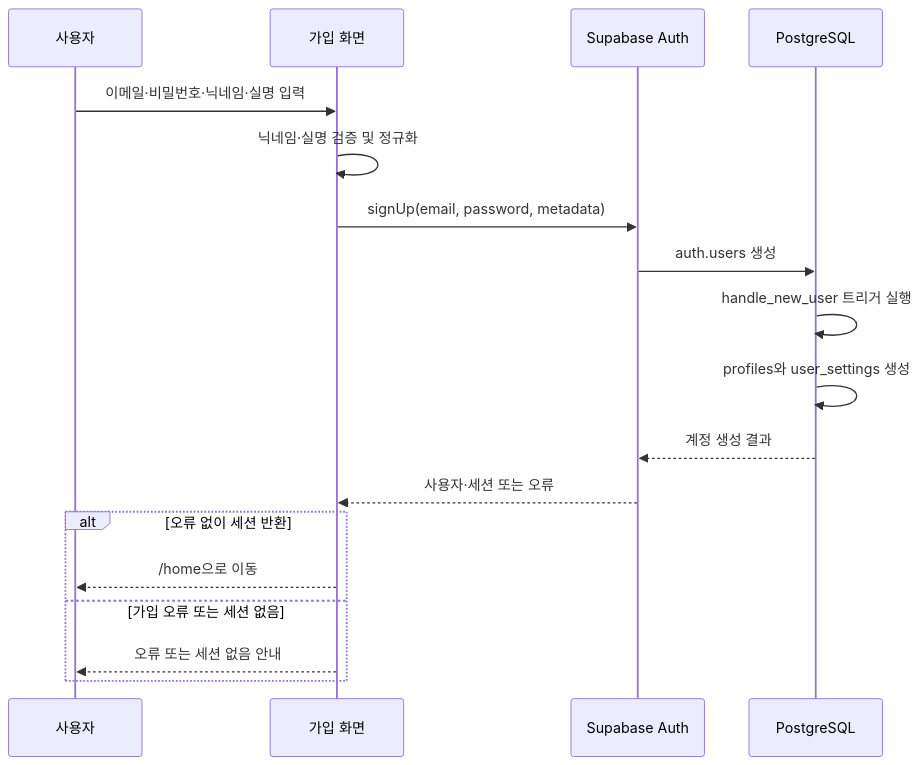
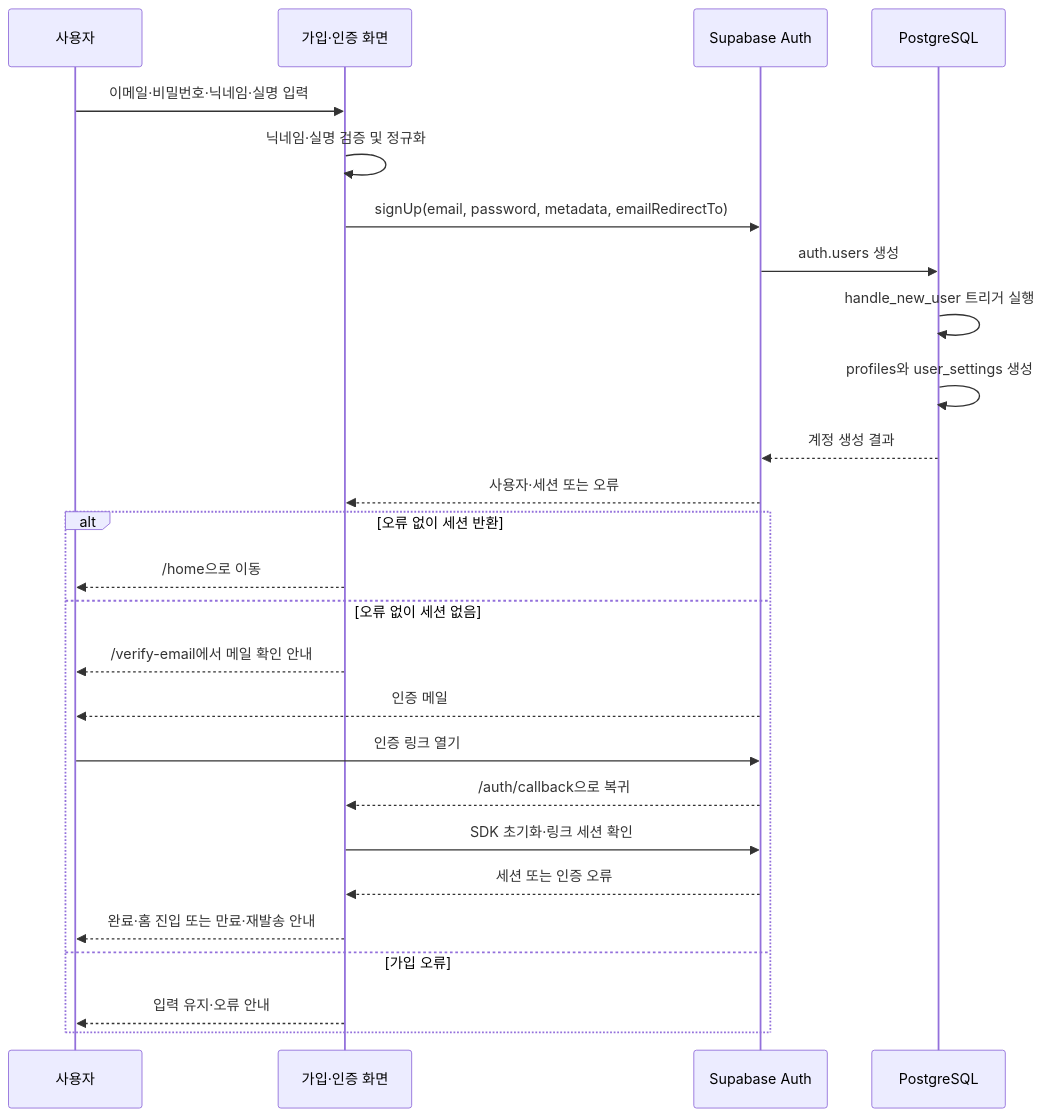
The first of 8 diagrams in docs/architecture/sequence-diagrams.md (taehuni/CrewFit), drawn with Mermaid before and after one commit. The commit also changed other lines of this file and 17 other files, not shown here.

````diff
--- a/docs/architecture/sequence-diagrams.md
+++ b/docs/architecture/sequence-diagrams.md
@@ -15,21 +15,29 @@
 ```mermaid
 sequenceDiagram
     participant user as 사용자
-    participant signupPage as 가입 화면
+    participant signupPage as 가입·인증 화면
     participant supabaseAuth as Supabase Auth
     participant database as PostgreSQL
 
     user->>signupPage: 이메일·비밀번호·닉네임·실명 입력
     signupPage->>signupPage: 닉네임·실명 검증 및 정규화
-    signupPage->>supabaseAuth: signUp(email, password, metadata)
+    signupPage->>supabaseAuth: signUp(email, password, metadata, emailRedirectTo)
     supabaseAuth->>database: auth.users 생성
     database->>database: handle_new_user 트리거 실행
     database->>database: profiles와 user_settings 생성
     database-->>supabaseAuth: 계정 생성 결과
     supabaseAuth-->>signupPage: 사용자·세션 또는 오류
     alt 오류 없이 세션 반환
         signupPage-->>user: /home으로 이동
-    else 가입 오류 또는 세션 없음
-        signupPage-->>user: 오류 또는 세션 없음 안내
+    else 오류 없이 세션 없음
+        signupPage-->>user: /verify-email에서 메일 확인 안내
+        supabaseAuth-->>user: 인증 메일
+        user->>supabaseAuth: 인증 링크 열기
+        supabaseAuth-->>signupPage: /auth/callback으로 복귀
+        signupPage->>supabaseAuth: SDK 초기화·링크 세션 확인
+        supabaseAuth-->>signupPage: 세션 또는 인증 오류
+        signupPage-->>user: 완료·홈 진입 또는 만료·재발송 안내
+    else 가입 오류
+        signupPage-->>user: 입력 유지·오류 안내
     end
 ```
````
